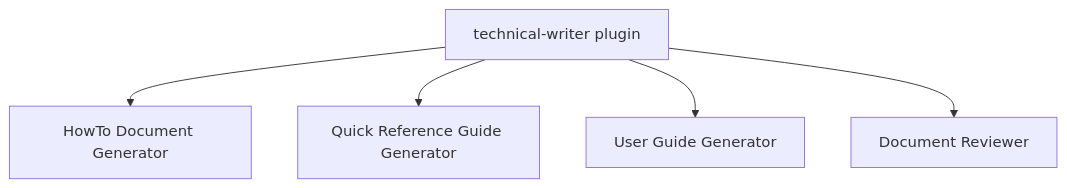
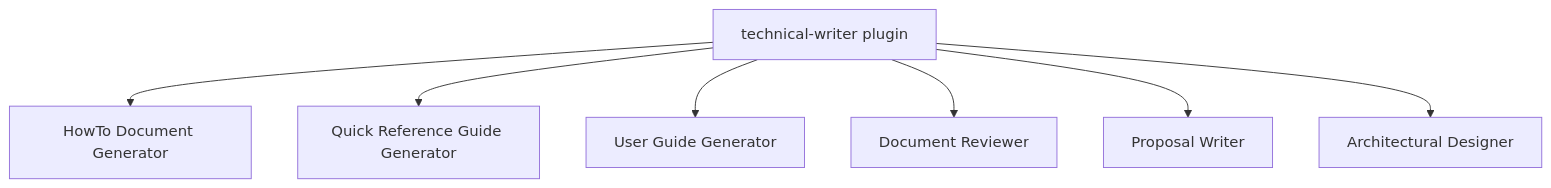
One commit to dimpletz/prompts-collection changed the diagram in plugins/technical-writer/README.md. Above: the diagram before and after it, drawn with Mermaid. The commit also changed other lines of this file and 12 other files, not shown here.

````diff
--- a/plugins/technical-writer/README.md
+++ b/plugins/technical-writer/README.md
@@ -38,8 +42,10 @@
 ```mermaid
 graph TD
     A[technical-writer plugin]
     A --> B[HowTo Document Generator]
     A --> C[Quick Reference Guide Generator]
     A --> D[User Guide Generator]
     A --> E[Document Reviewer]
+    A --> F[Proposal Writer]
+    A --> G[Architectural Designer]
 ```
````
